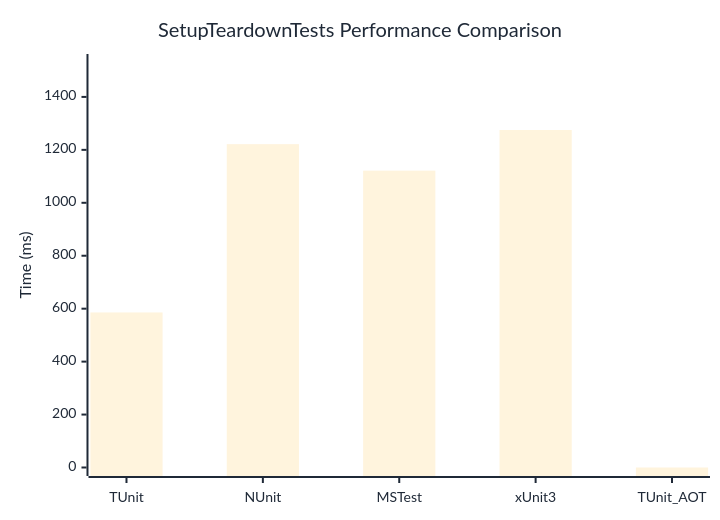
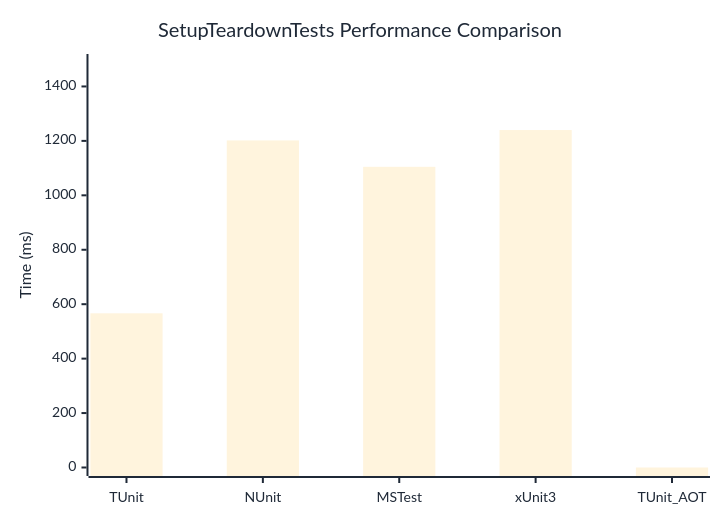
Before and after one commit to thomhurst/TUnit: the diagram in docs/docs/benchmarks/SetupTeardownTests.md, drawn with Mermaid. The commit also changed other lines of this file and 17 other files, not shown here.

````diff
--- a/docs/docs/benchmarks/SetupTeardownTests.md
+++ b/docs/docs/benchmarks/SetupTeardownTests.md
@@ -27,37 +27,37 @@
 ```mermaid
 %%{init: {
   'theme':'base',
   'themeVariables': {
     'primaryColor': '#2563eb',
     'primaryTextColor': '#1f2937',
     'primaryBorderColor': '#1e40af',
     'lineColor': '#6b7280',
     'secondaryColor': '#7c3aed',
     'tertiaryColor': '#dc2626',
     'background': '#ffffff',
     'mainBkg': '#2563eb',
     'secondBkg': '#7c3aed',
     'tertiaryBkg': '#dc2626',
     'clusterBkg': '#f3f4f6',
     'edgeLabelBackground': '#ffffff',
     'tertiaryTextColor': '#1f2937',
     'pie1': '#2563eb',
     'pie2': '#7c3aed',
     'pie3': '#dc2626',
     'pie4': '#f59e0b',
     'pie5': '#10b981',
     'pie6': '#06b6d4',
     'pie7': '#ec4899',
     'pie8': '#6366f1',
     'pie9': '#84cc16',
     'pie10': '#f97316',
     'pie11': '#14b8a6',
     'pie12': '#a855f7'
   }
 }}%%
 xychart-beta
   title "SetupTeardownTests Performance Comparison"
   x-axis ["TUnit", "NUnit", "MSTest", "xUnit3", "TUnit_AOT"]
-  y-axis "Time (ms)" 0 --> 1530
-  bar [585.7, 1221.5, 1121.4, 1275, 0]
+  y-axis "Time (ms)" 0 --> 1488
+  bar [566.5, 1201.7, 1104.7, 1239.8, 0]
 ```
````
